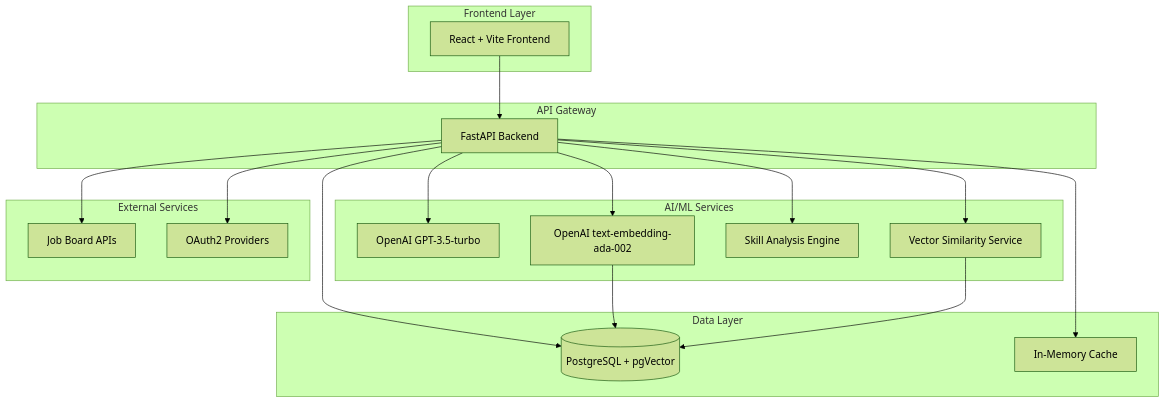
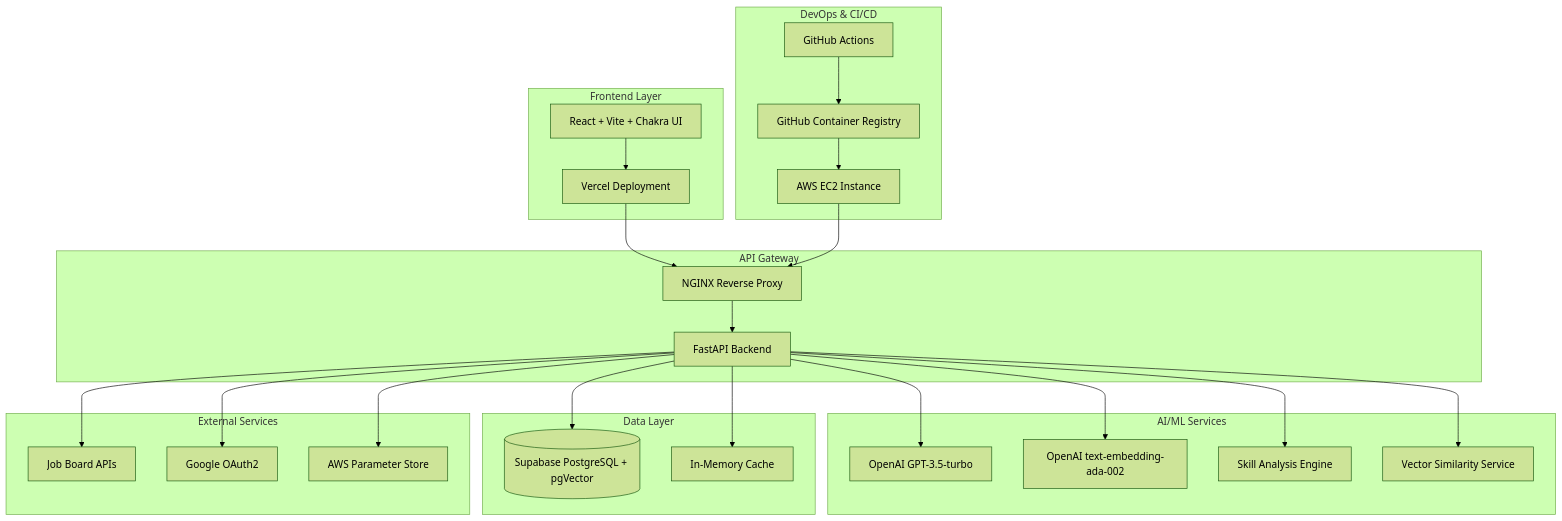
One commit to s1120258/job-tracker-backend changed the first of 3 diagrams in docs/TECHNICAL_ARCHITECTURE.md. Above: the diagram before and after it, drawn with Mermaid (forest theme). The commit also changed other lines of this file, not shown here.

First line of the commit message:
docs: update TECHNICAL_ARCHITECTURE.md with latest project setup

````diff
--- a/docs/TECHNICAL_ARCHITECTURE.md
+++ b/docs/TECHNICAL_ARCHITECTURE.md
@@ -13,40 +17,52 @@
 ```mermaid
 graph TB
     subgraph "Frontend Layer"
-        UI[React + Vite Frontend]
+        UI[React + Vite + Chakra UI]
+        VERCEL[Vercel Deployment]
     end
 
     subgraph "API Gateway"
         API[FastAPI Backend]
+        NGINX[NGINX Reverse Proxy]
     end
 
     subgraph "AI/ML Services"
         LLM[OpenAI GPT-3.5-turbo]
         EMB[OpenAI text-embedding-ada-002]
         SKILL[Skill Analysis Engine]
         SIM[Vector Similarity Service]
     end
 
     subgraph "Data Layer"
-        PG[(PostgreSQL + pgVector)]
+        SUPABASE[(Supabase PostgreSQL + pgVector)]
         CACHE[In-Memory Cache]
     end
 
     subgraph "External Services"
         JOBS[Job Board APIs]
-        AUTH[OAuth2 Providers]
+        AUTH[Google OAuth2]
+        AWS[AWS Parameter Store]
     end
 
-    UI --> API
+    subgraph "DevOps & CI/CD"
+        GHCR[GitHub Container Registry]
+        EC2[AWS EC2 Instance]
+        GITHUB[GitHub Actions]
+    end
+
+    UI --> VERCEL
+    VERCEL --> NGINX
+    NGINX --> API
     API --> LLM
     API --> EMB
     API --> SKILL
     API --> SIM
-    API --> PG
+    API --> SUPABASE
     API --> CACHE
     API --> JOBS
     API --> AUTH
-
-    EMB --> PG
-    SIM --> PG
+    API --> AWS
+    GITHUB --> GHCR
+    GHCR --> EC2
+    EC2 --> NGINX
 ```
````
